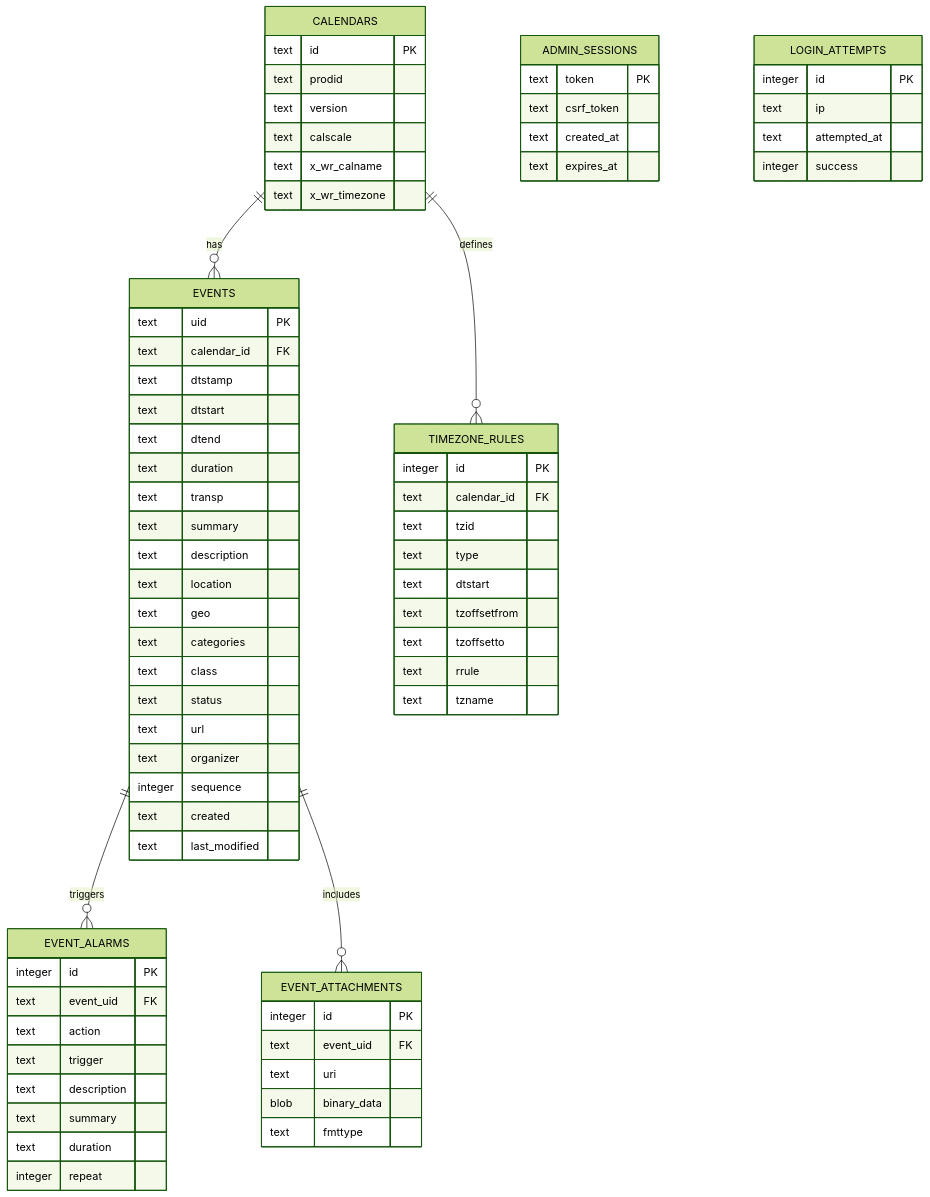
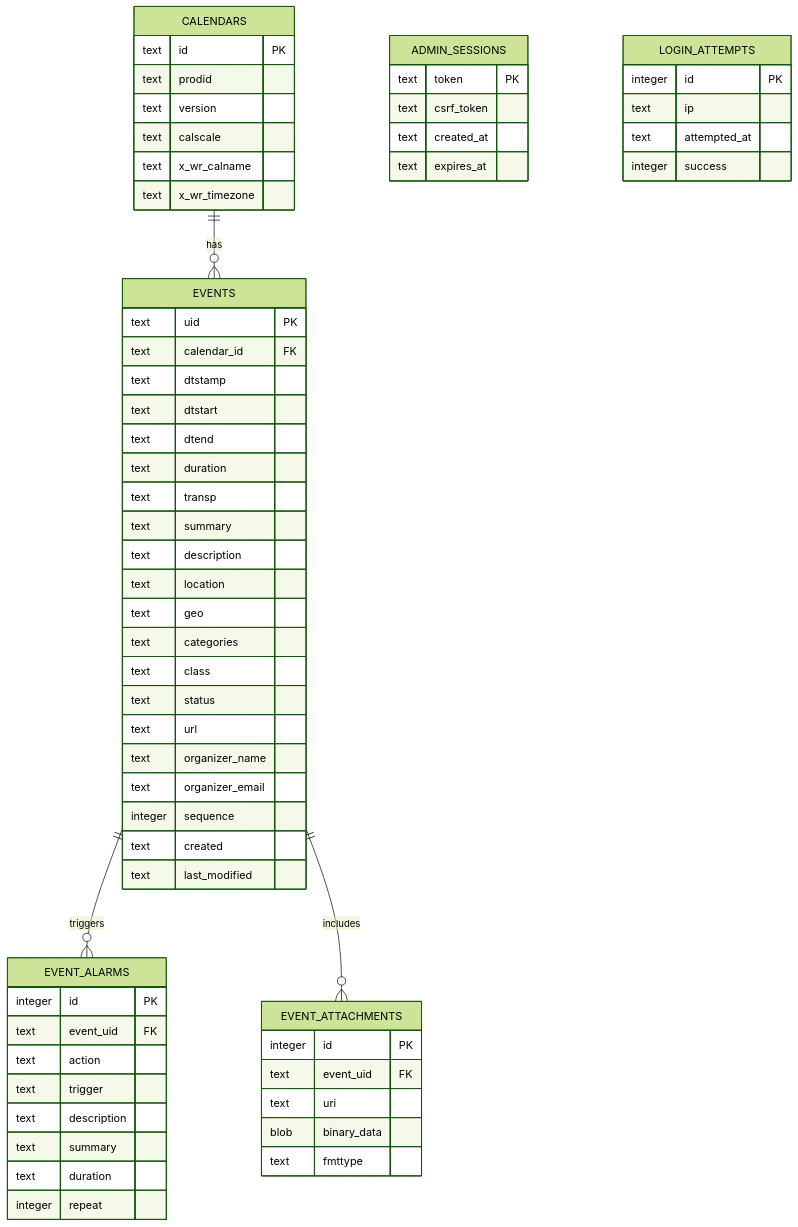
The diagram in entity-relationship.md (ntu-astro/ntuas-calendar), drawn with Mermaid (forest theme) before and after one commit. The commit also changed other lines of this file and 10 other files, not shown here.

````diff
--- a/entity-relationship.md
+++ b/entity-relationship.md
@@ -7,7 +7,6 @@
 ```mermaid
 erDiagram
     CALENDARS ||--o{ EVENTS : "has"
-    CALENDARS ||--o{ TIMEZONE_RULES : "defines"
     EVENTS ||--o{ EVENT_ALARMS : "triggers"
     EVENTS ||--o{ EVENT_ATTACHMENTS : "includes"
 
@@ -36,7 +35,8 @@
         text class
         text status
         text url
-        text organizer
+        text organizer_name
+        text organizer_email
         integer sequence
         text created
         text last_modified
@@ -61,18 +61,6 @@
         integer repeat
     }
 
-    TIMEZONE_RULES {
-        integer id PK
-        text calendar_id FK
-        text tzid
-        text type
-        text dtstart
-        text tzoffsetfrom
-        text tzoffsetto
-        text rrule
-        text tzname
-    }
-
     ADMIN_SESSIONS {
         text token PK
         text csrf_token
````
